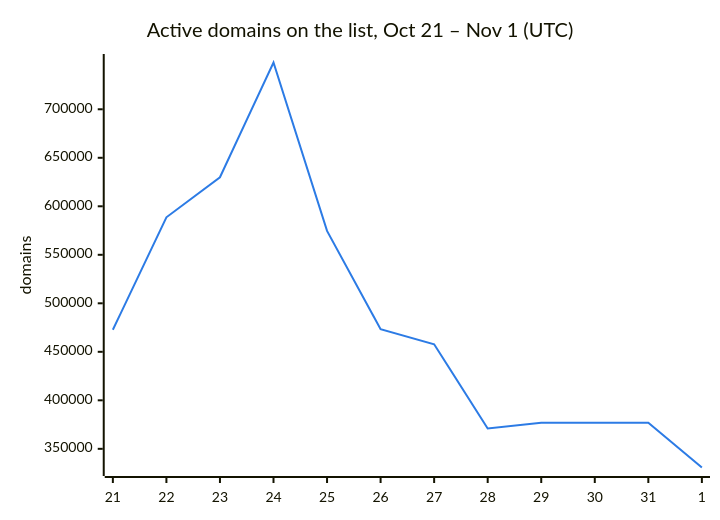
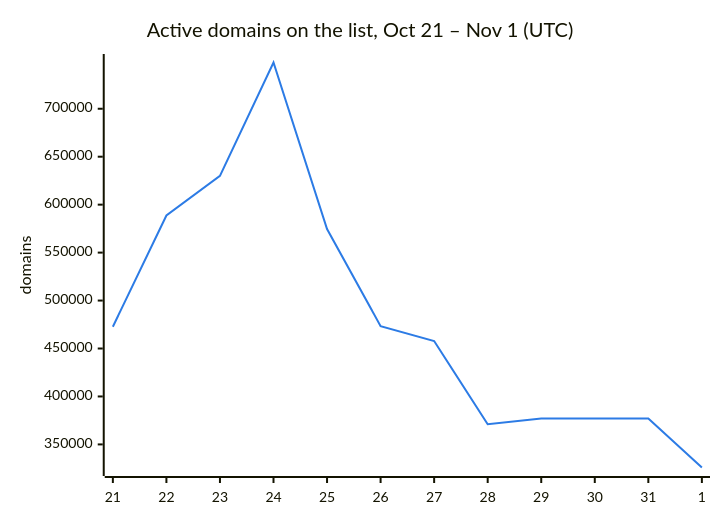
The second of 3 diagrams in README.md (DNSBunker/CTI), drawn with Mermaid before and after one commit. The commit also changed other lines of this file and 3 other files, not shown here.

````diff
--- a/README.md
+++ b/README.md
@@ -38,8 +38,8 @@
 ```mermaid
 %%{init: {"themeVariables": {"xyChart": {"plotColorPalette": "#2c7be5"}}}}%%
 xychart-beta
     title "Active domains on the list, Oct 21 – Nov 1 (UTC)"
     x-axis ["21", "22", "23", "24", "25", "26", "27", "28", "29", "30", "31", "1"]
     y-axis "domains"
-    line [472713, 588659, 629951, 748222, 574614, 473331, 457795, 371010, 376945, 376945, 376945, 330745]
+    line [472713, 588659, 629951, 748222, 574614, 473331, 457795, 371010, 376945, 376945, 376945, 325928]
 ```
````
